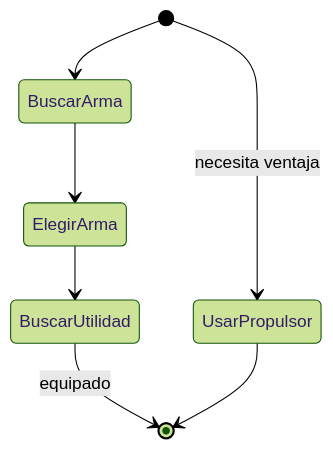
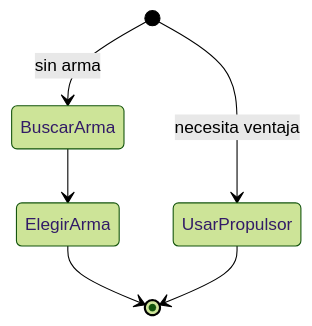
The fifth of 6 diagrams in README.md (Kang-Hsi/hfsm-bt), drawn with Mermaid (forest theme) before and after one commit. The commit also changed other lines of this file, not shown here.

````diff
--- a/README.md
+++ b/README.md
@@ -559,12 +576,10 @@
     ```Mermaid
     stateDiagram-v2
-    [*] --> BuscarArma
+    [*] --> BuscarArma : sin arma
 
     BuscarArma --> ElegirArma
-    ElegirArma --> BuscarUtilidad
-
-    BuscarUtilidad --> [*] : equipado
+    ElegirArma --> [*]
 
     [*] --> UsarPropulsor : necesita ventaja
     UsarPropulsor --> [*]
     ```
````
